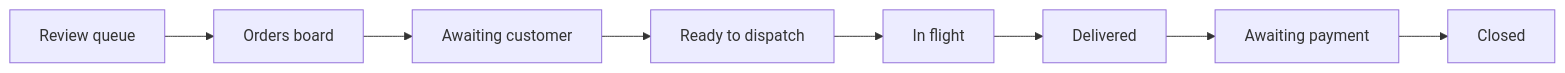
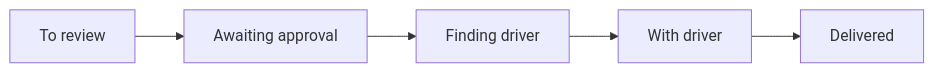
One commit to apalumbiLS/DeliveryApp changed the diagram in docs/runbooks/dispatcher-guide.md. Above: the diagram before and after it, drawn with Mermaid. The commit also changed other lines of this file and 32 other files, not shown here.

````diff
--- a/docs/runbooks/dispatcher-guide.md
+++ b/docs/runbooks/dispatcher-guide.md
@@ -29,10 +40,7 @@
 ```mermaid
 flowchart LR
-    A[Review queue] --> B[Orders board]
-    B --> C[Awaiting customer]
-    C --> D[Ready to dispatch]
-    D --> E[In flight]
-    E --> F[Delivered]
-    F --> G[Awaiting payment]
-    G --> H[Closed]
+    A[To review] --> B[Awaiting approval]
+    B --> C[Finding driver]
+    C --> D[With driver]
+    D --> E[Delivered]
 ```
````
